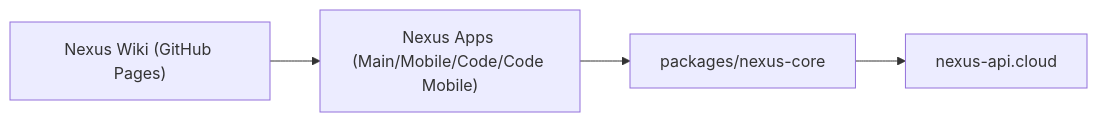
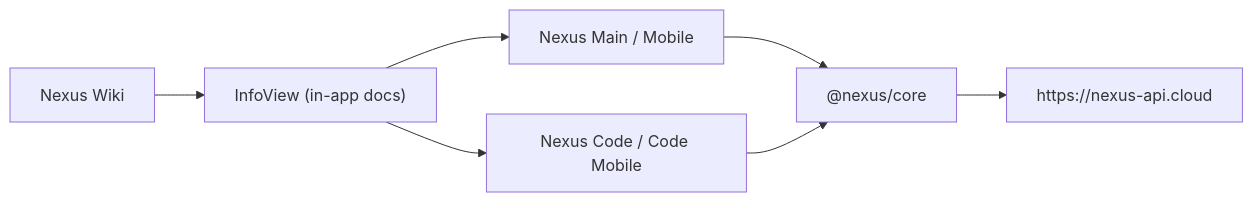
The diagram in README.md (YoungJibbit95/Nexus-Ecosystem), drawn with Mermaid before and after one commit. The commit also changed other lines of this file and 233 other files, not shown here.

First line of the commit message:
feat(ecosystem): finalize release pass across main/mobile/code + canvas + core runtime

````diff
--- a/README.md
+++ b/README.md
@@ -100,6 +23,9 @@
 ```mermaid
 flowchart LR
-  A["Nexus Apps (Main/Mobile/Code/Code Mobile)"] --> B["packages/nexus-core"]
-  B --> C["nexus-api.cloud"]
-  D["Nexus Wiki (GitHub Pages)"] --> A
+  A["Nexus Main / Mobile"] --> C["@nexus/core"]
+  B["Nexus Code / Code Mobile"] --> C
+  C --> D["https://nexus-api.cloud"]
+  E["InfoView (in-app docs)"] --> A
+  E --> B
+  F["Nexus Wiki"] --> E
 ```
````
